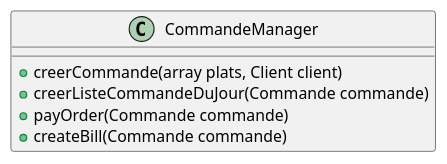
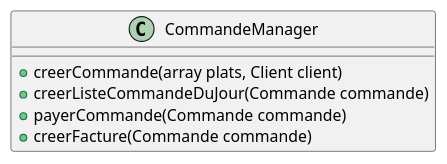
The diagram in Class/CommandeManager.puml (laurasullyalexandrine/expressfood), drawn with PlantUML before and after one commit. The commit also changed 3 other files, not shown here.

```diff
--- a/Class/CommandeManager.puml
+++ b/Class/CommandeManager.puml
@@ -1,12 +1,12 @@
 @startuml CommandeManager
 
 Class CommandeManager {
 
     + creerCommande(array plats, Client client)
     + creerListeCommandeDuJour(Commande commande)
-    + payOrder(Commande commande)
-    + createBill(Commande commande)
+    + payerCommande(Commande commande)
+    + creerFacture(Commande commande)
     
     }
 
 @enduml
```
